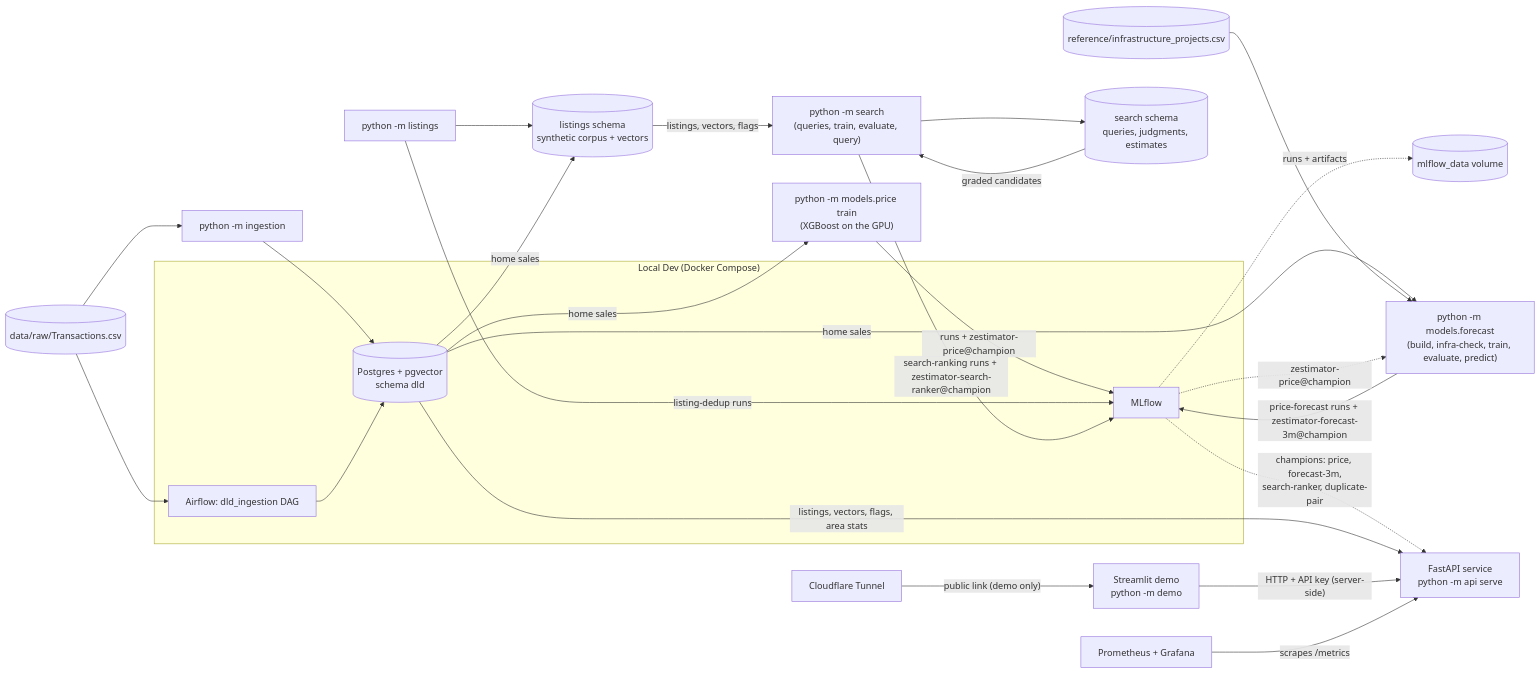
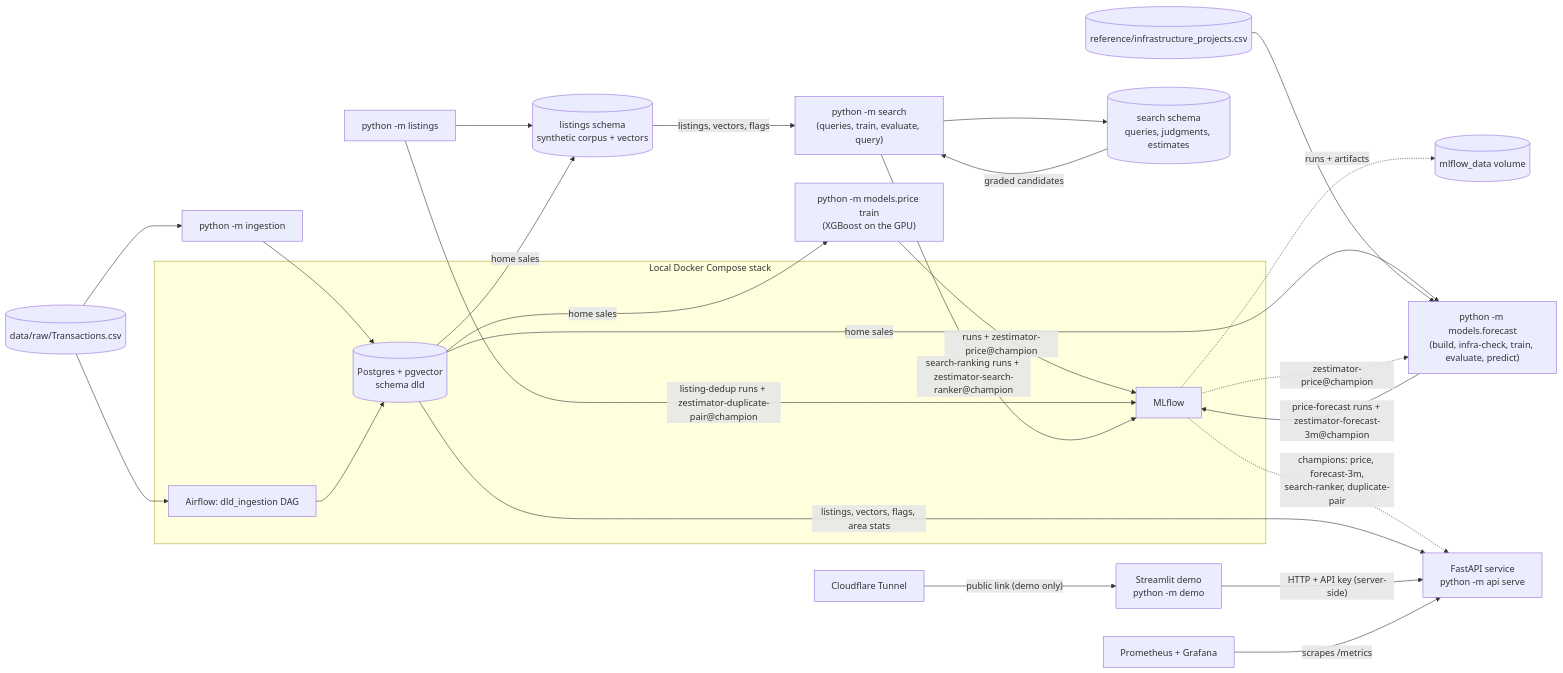
One commit to chiragn28/Dubimator changed the diagram in README.md. Above: the diagram before and after it, drawn with Mermaid. The commit also changed other lines of this file, not shown here.

````diff
--- a/README.md
+++ b/README.md
@@ -14,43 +173,43 @@
 ```mermaid
 graph LR
     CSV[("data/raw/Transactions.csv")]
     CLI["python -m ingestion"]
-    subgraph "Local Dev (Docker Compose)"
-        AF[Airflow: dld_ingestion DAG]
-        PG[(Postgres + pgvector<br/>schema dld)]
-        ML[MLflow]
+    subgraph LOCAL["Local Docker Compose stack"]
+        AF["Airflow: dld_ingestion DAG"]
+        PG[("Postgres + pgvector<br/>schema dld")]
+        ML["MLflow"]
     end
     MLRUNS[("mlflow_data volume")]
     CSV --> CLI --> PG
     CSV --> AF --> PG
     ML -.->|"runs + artifacts"| MLRUNS
     TRAIN["python -m models.price train<br/>(XGBoost on the GPU)"]
     PG -->|"home sales"| TRAIN
     TRAIN -->|"runs + zestimator-price@champion"| ML
     LCLI["python -m listings"]
     LISTINGS[("listings schema<br/>synthetic corpus + vectors")]
     PG -->|"home sales"| LISTINGS
     LCLI --> LISTINGS
-    LCLI -->|"listing-dedup runs"| ML
+    LCLI -->|"listing-dedup runs + zestimator-duplicate-pair@champion"| ML
     SCLI["python -m search<br/>(queries, train, evaluate, query)"]
     SEARCH[("search schema<br/>queries, judgments, estimates")]
     LISTINGS -->|"listings, vectors, flags"| SCLI
     SCLI --> SEARCH
     SEARCH -->|"graded candidates"| SCLI
     SCLI -->|"search-ranking runs + zestimator-search-ranker@champion"| ML
     FCLI["python -m models.forecast<br/>(build, infra-check, train, evaluate, predict)"]
     INFRA[("reference/infrastructure_projects.csv")]
     PG -->|"home sales"| FCLI
     INFRA --> FCLI
     ML -.->|"zestimator-price@champion"| FCLI
     FCLI -->|"price-forecast runs + zestimator-forecast-3m@champion"| ML
     API["FastAPI service<br/>python -m api serve"]
     ML -.->|"champions: price, forecast-3m,<br/>search-ranker, duplicate-pair"| API
     PG -->|"listings, vectors, flags, area stats"| API
     DEMO["Streamlit demo<br/>python -m demo"]
     DEMO -->|"HTTP + API key (server-side)"| API
-    PROM[Prometheus + Grafana]
+    PROM["Prometheus + Grafana"]
     PROM -->|"scrapes /metrics"| API
-    TUN[Cloudflare Tunnel]
+    TUN["Cloudflare Tunnel"]
     TUN -->|"public link (demo only)"| DEMO
 ```
````
